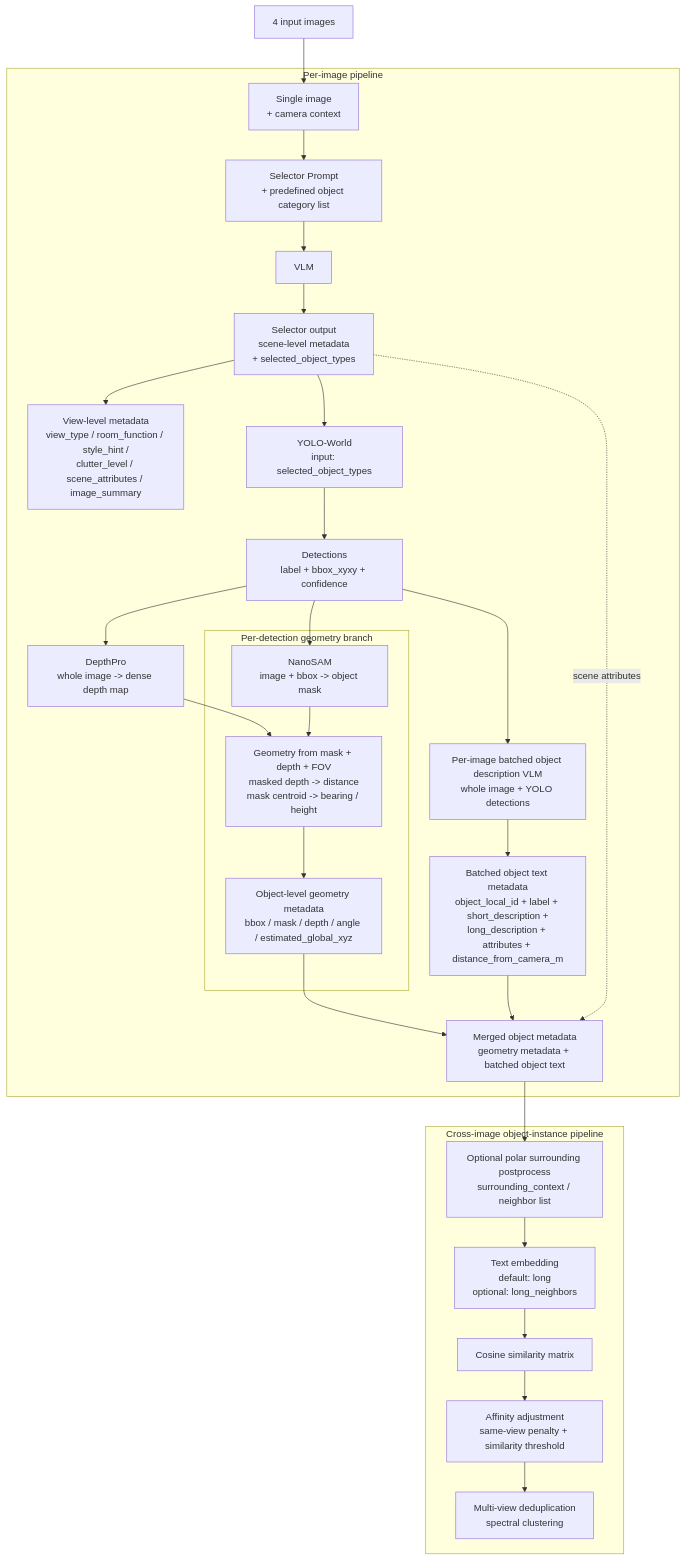
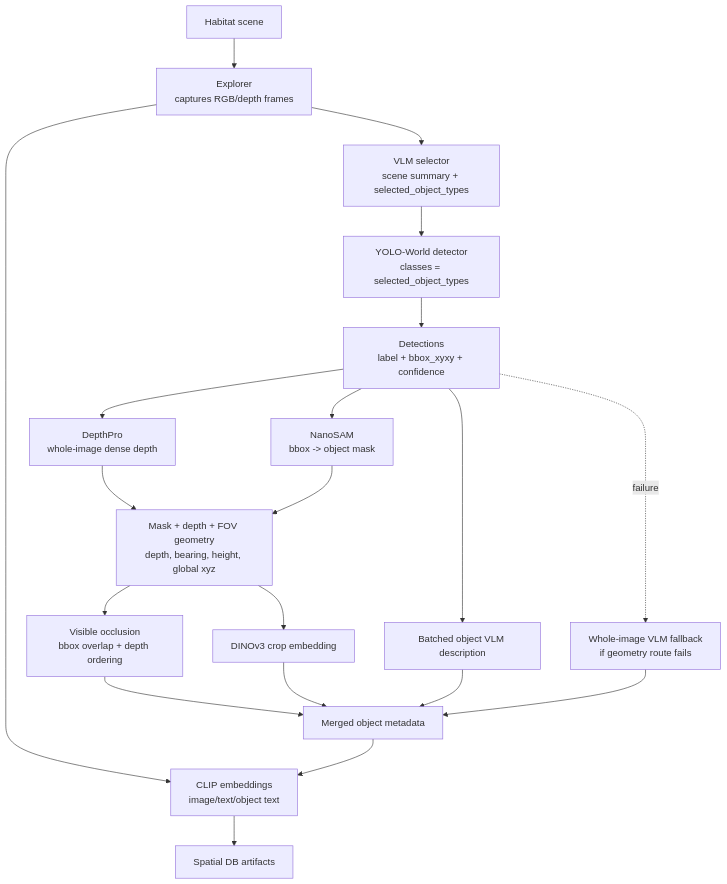
Before and after one commit to YuhengLiu6/SpacialRAG: the first of 2 diagrams in README.md, drawn with Mermaid. The commit also changed other lines of this file and 337 other files, not shown here.

````diff
--- a/README.md
+++ b/README.md
@@ -467,55 +361,35 @@
 ```mermaid
 flowchart TD
-    A["4 input images"]
-
-    subgraph P1["Per-image pipeline"]
-        B["Single image<br/>+ camera context"]
-        C["Selector Prompt<br/>+ predefined object category list"]
-        D["VLM"]
-        E["Selector output<br/>scene-level metadata<br/>+ selected_object_types"]
-        E2["View-level metadata<br/>view_type / room_function / style_hint /<br/>clutter_level / scene_attributes / image_summary"]
-
-        F["YOLO-World<br/>input: selected_object_types"]
-        G["Detections<br/>label + bbox_xyxy + confidence"]
-        H["DepthPro<br/>whole image -> dense depth map"]
-
-        subgraph P2["Per-detection geometry branch"]
-            I["NanoSAM<br/>image + bbox -> object mask"]
-            J["Geometry from mask + depth + FOV<br/>masked depth -> distance<br/>mask centroid -> bearing / height"]
-            K["Object-level geometry metadata<br/>bbox / mask / depth / angle / estimated_global_xyz"]
-        end
-
-        M["Per-image batched object description VLM<br/>whole image + YOLO detections"]
-        N["Batched object text metadata<br/>object_local_id + label + short_description +<br/>long_description + attributes + distance_from_camera_m"]
-        O["Merged object metadata<br/>geometry metadata + batched object text"]
-    end
-
-    subgraph P3["Cross-image object-instance pipeline"]
-        P["Optional polar surrounding postprocess<br/>surrounding_context / neighbor list"]
-        Q["Text embedding<br/>default: long<br/>optional: long_neighbors"]
-        R["Cosine similarity matrix"]
-        S["Affinity adjustment<br/>same-view penalty + similarity threshold"]
-        T["Multi-view deduplication<br/>spectral clustering"]
-    end
+    A["Habitat scene"]
+    B["Explorer<br/>captures RGB/depth frames"]
+    C["VLM selector<br/>scene summary + selected_object_types"]
+    D["YOLO-World detector<br/>classes = selected_object_types"]
+    E["Detections<br/>label + bbox_xyxy + confidence"]
+    F["DepthPro<br/>whole-image dense depth"]
+    G["NanoSAM<br/>bbox -> object mask"]
+    H["Mask + depth + FOV geometry<br/>depth, bearing, height, global xyz"]
+    I["Visible occlusion<br/>bbox overlap + depth ordering"]
+    J["DINOv3 crop embedding"]
+    K["Batched object VLM description"]
+    K2["Whole-image VLM fallback<br/>if geometry route fails"]
+    L["Merged object metadata"]
+    M["CLIP embeddings<br/>image/text/object text"]
+    N["Spatial DB artifacts"]
 
     A --> B --> C --> D --> E
-    E --> E2
     E --> F
-    F --> G
+    E --> G
+    F --> H
     G --> H
-
-    G --> I
+    H --> I
     H --> J
-    I --> J
-    J --> K
-
-    G --> M
+    E --> K
+    E -. failure .-> K2
+    I --> L
+    J --> L
+    K --> L
+    K2 --> L
+    B --> M
+    L --> M
     M --> N
-
-    K --> O
-    N --> O
-    E -. scene attributes .-> O
-
-    O --> P --> Q --> R --> S --> T
-
 ```
````
